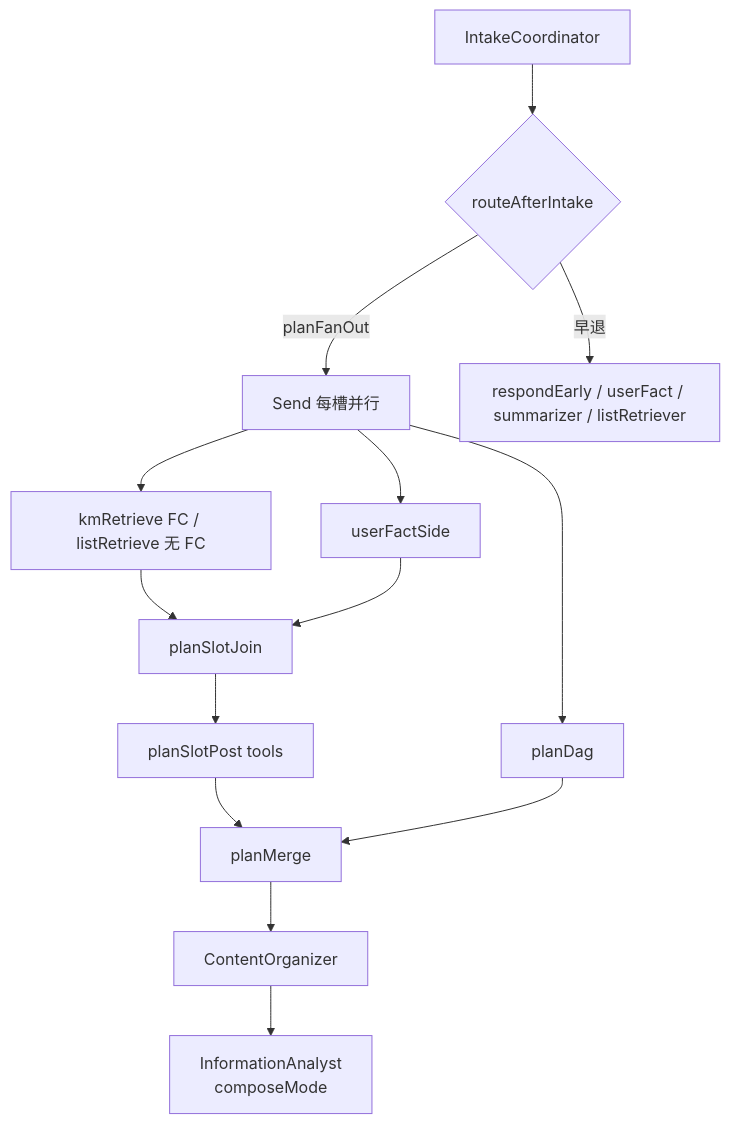
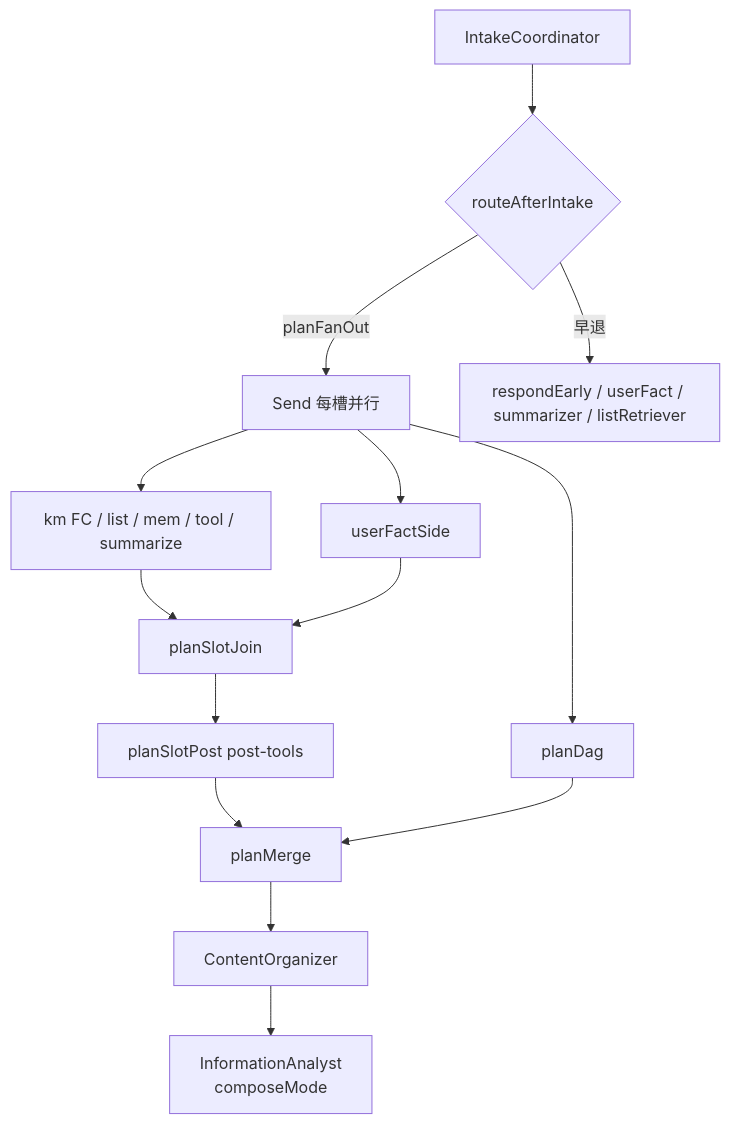
Before and after one commit to panzhanfei/agent: the fourth of 4 diagrams in docs/05-architecture-v2-tool-orchestration.md, drawn with Mermaid. The commit also changed other lines of this file and 60 other files, not shown here.

````diff
--- a/docs/05-architecture-v2-tool-orchestration.md
+++ b/docs/05-architecture-v2-tool-orchestration.md
@@ -307,16 +316,16 @@
 ```mermaid
 flowchart TD
   IC[IntakeCoordinator] --> R{routeAfterIntake}
   R -->|planFanOut| S[Send 每槽并行]
-  S --> PS[kmRetrieve FC / listRetrieve 无 FC]
+  S --> PS[km FC / list / mem / tool / summarize]
   S --> PD[planDag]
   S --> UF[userFactSide]
   PS --> JOIN[planSlotJoin]
   UF --> JOIN
-  JOIN --> POST[planSlotPost tools]
+  JOIN --> POST[planSlotPost post-tools]
   POST --> M[planMerge]
   PD --> M
   R -->|早退| EARLY[respondEarly / userFact / summarizer / listRetriever]
   M --> CO[ContentOrganizer]
   CO --> IA[InformationAnalyst<br/>composeMode]
 ```
````
